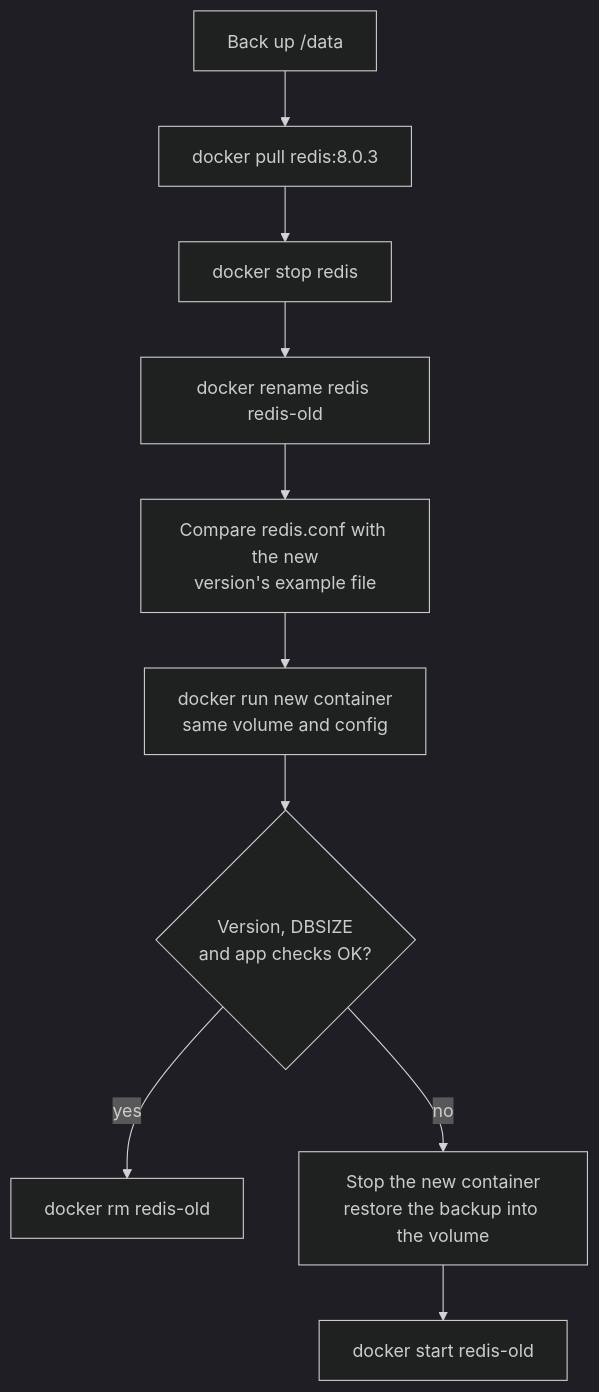
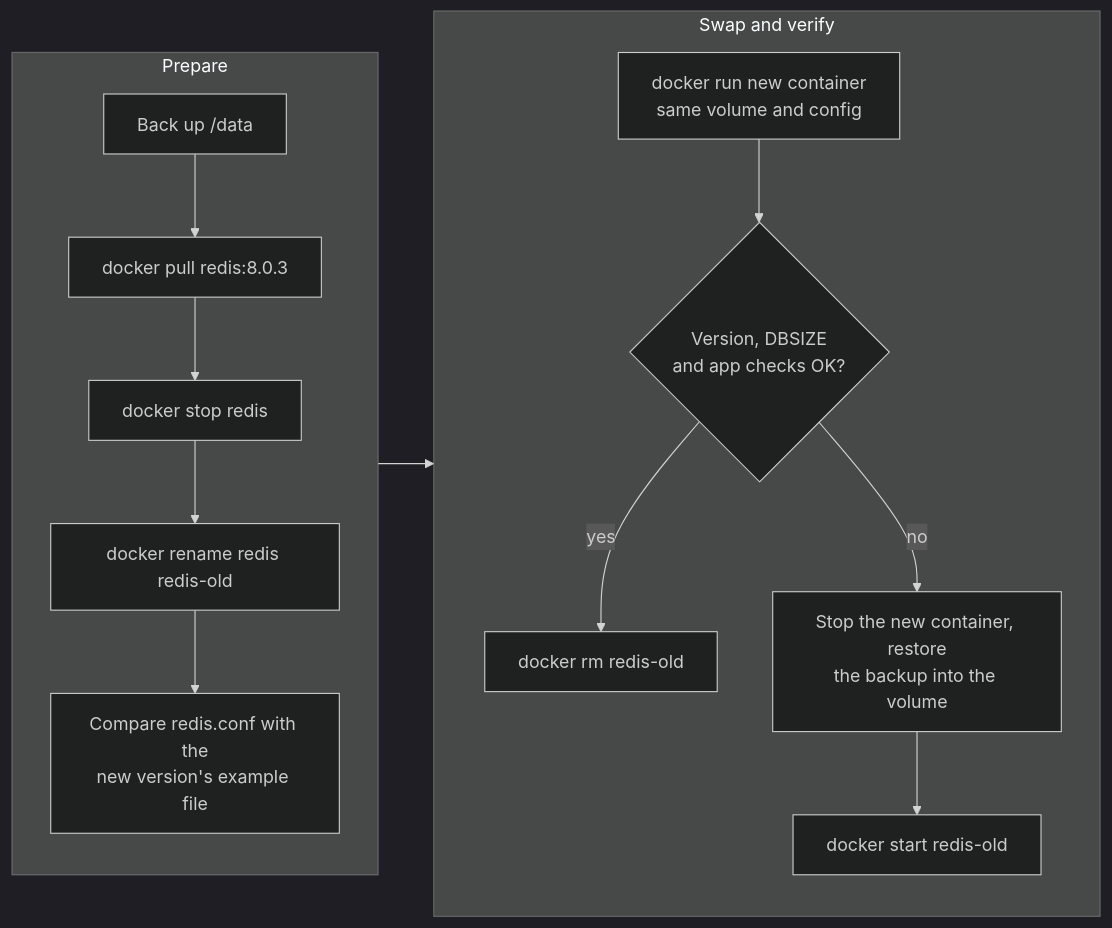
Before and after one commit to e-choness/portfolio-site: the diagram in _posts/2025-07-14-chapter-1-7-docker-redis.md, drawn with Mermaid (dark theme). The commit also changed 22 other files, not shown here.

Commit message:
improve diagram display

````diff
--- a/_posts/2025-07-14-chapter-1-7-docker-redis.md
+++ b/_posts/2025-07-14-chapter-1-7-docker-redis.md
@@ -135,12 +135,18 @@
 ```mermaid
-flowchart TD
-  A[Back up /data] --> B[docker pull redis:8.0.3]
-  B --> C[docker stop redis]
-  C --> D[docker rename redis redis-old]
-  D --> E[Compare redis.conf with the new<br/>version's example file]
-  E --> F[docker run new container<br/>same volume and config]
-  F --> G{Version, DBSIZE<br/>and app checks OK?}
-  G -- yes --> H[docker rm redis-old]
-  G -- no --> I[Stop the new container<br/>restore the backup into the volume]
-  I --> J[docker start redis-old]
+flowchart LR
+  subgraph prep["Prepare"]
+    direction TB
+    A[Back up /data] --> B[docker pull redis:8.0.3]
+    B --> C[docker stop redis]
+    C --> D[docker rename redis redis-old]
+    D --> E[Compare redis.conf with the<br/>new version's example file]
+  end
+  subgraph swap["Swap and verify"]
+    direction TB
+    F[docker run new container<br/>same volume and config] --> G{Version, DBSIZE<br/>and app checks OK?}
+    G -- yes --> H[docker rm redis-old]
+    G -- no --> I[Stop the new container, restore<br/>the backup into the volume]
+    I --> J[docker start redis-old]
+  end
+  prep --> swap
 ```
````
